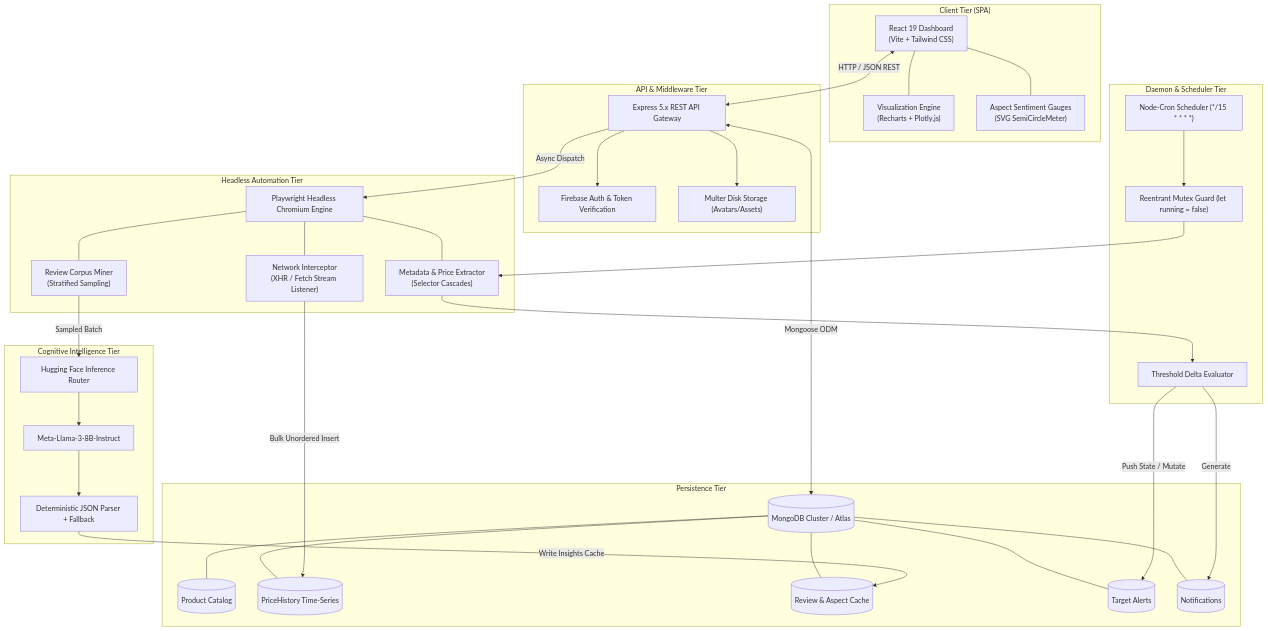
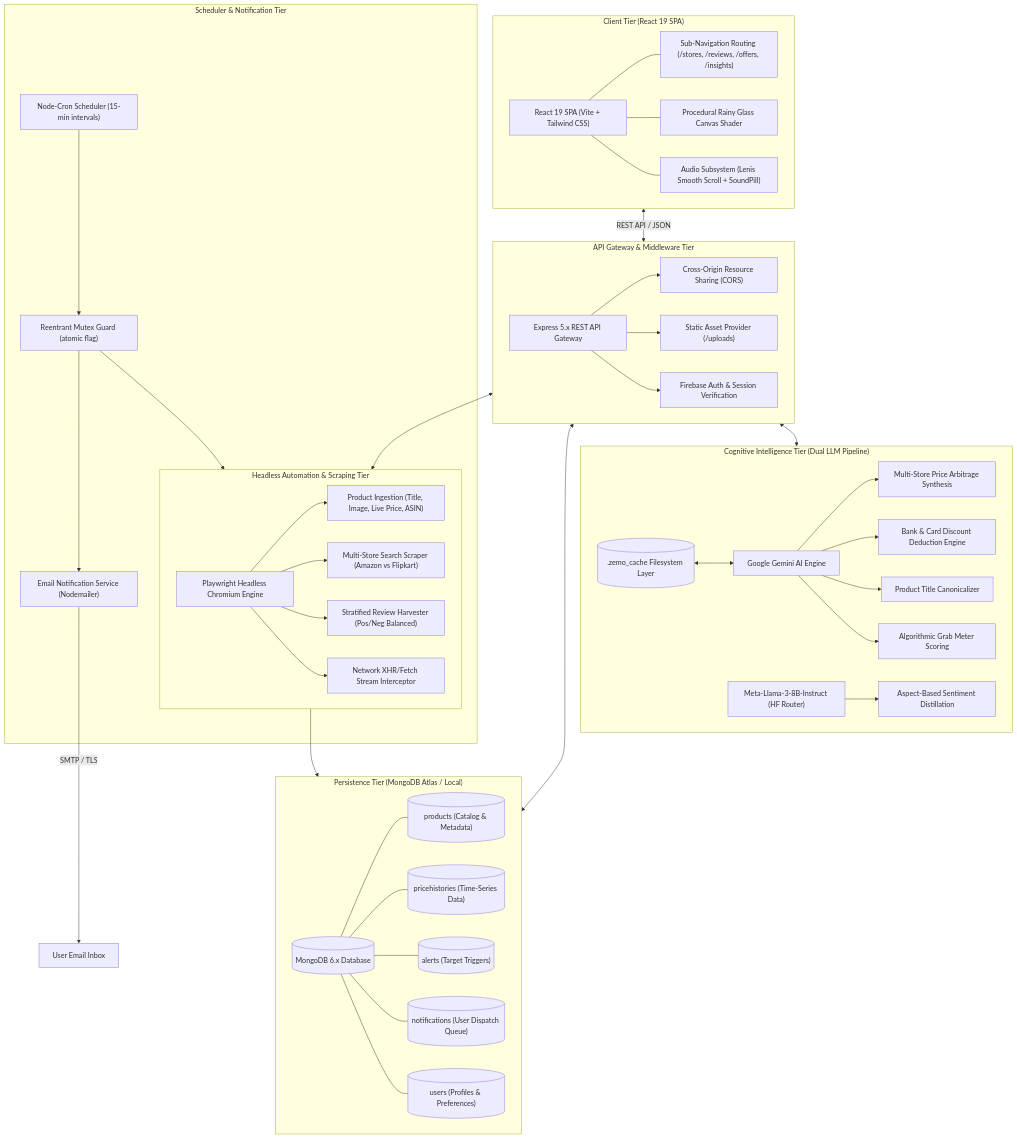
The first of 5 diagrams in README.md (imMohammedSahil/Zemo), drawn with Mermaid before and after one commit. The commit also changed other lines of this file and 72 other files, not shown here.

````diff
--- a/README.md
+++ b/README.md
@@ -43,68 +29,77 @@
 ```mermaid
 flowchart TD
-    subgraph Client["Client Tier (SPA)"]
-        UI["React 19 Dashboard<br/>(Vite + Tailwind CSS)"]
-        Viz["Visualization Engine<br/>(Recharts + Plotly.js)"]
-        Meters["Aspect Sentiment Gauges<br/>(SVG SemiCircleMeter)"]
-        UI --- Viz
-        UI --- Meters
+    subgraph ClientTier["Client Tier (React 19 SPA)"]
+        UI["React 19 SPA (Vite + Tailwind CSS)"]
+        SubRoutes["Sub-Navigation Routing (/stores, /reviews, /offers, /insights)"]
+        CanvasFX["Procedural Rainy Glass Canvas Shader"]
+        AudioEng["Audio Subsystem (Lenis Smooth Scroll + SoundPill)"]
+        UI --- SubRoutes
+        UI --- CanvasFX
+        UI --- AudioEng
     end
 
-    subgraph Gateway["API & Middleware Tier"]
+    subgraph GatewayTier["API Gateway & Middleware Tier"]
         Express["Express 5.x REST API Gateway"]
-        AuthMid["Firebase Auth & Token Verification"]
-        MulterMid["Multer Disk Storage (Avatars/Assets)"]
-        Express --> AuthMid
-        Express --> MulterMid
+        CORS["Cross-Origin Resource Sharing (CORS)"]
+        StaticSvc["Static Asset Provider (/uploads)"]
+        AuthMiddleware["Firebase Auth & Session Verification"]
+        Express --> CORS
+        Express --> StaticSvc
+        Express --> AuthMiddleware
     end
 
-    subgraph DataStore["Persistence Tier"]
-        DB[(MongoDB Cluster / Atlas)]
-        ColProd[("Product Catalog")]
-        ColPrice[("PriceHistory Time-Series")]
-        ColRev[("Review & Aspect Cache")]
-        ColAlert[("Target Alerts")]
-        ColNotif[("Notifications")]
-        DB --- ColProd
-        DB --- ColPrice
-        DB --- ColRev
-        DB --- ColAlert
-        DB --- ColNotif
+    subgraph IngestionTier["Headless Automation & Scraping Tier"]
+        PlaywrightEngine["Playwright Headless Chromium Engine"]
+        MetadataScraper["Product Ingestion (Title, Image, Live Price, ASIN)"]
+        MultiStoreEngine["Multi-Store Search Scraper (Amazon vs Flipkart)"]
+        ReviewMiner["Stratified Review Harvester (Pos/Neg Balanced)"]
+        BackfillStream["Network XHR/Fetch Stream Interceptor"]
+        PlaywrightEngine --> MetadataScraper
+        PlaywrightEngine --> MultiStoreEngine
+        PlaywrightEngine --> ReviewMiner
+        PlaywrightEngine --> BackfillStream
     end
 
-    subgraph Automation["Headless Automation Tier"]
-        PW["Playwright Headless Chromium Engine"]
-        MetaScraper["Metadata & Price Extractor<br/>(Selector Cascades)"]
-        RevScraper["Review Corpus Miner<br/>(Stratified Sampling)"]
-        Backfill["Network Interceptor<br/>(XHR / Fetch Stream Listener)"]
-        PW --- MetaScraper
-        PW --- RevScraper
-        PW --- Backfill
+    subgraph CognitiveTier["Cognitive Intelligence Tier (Dual LLM Pipeline)"]
+        GeminiEngine["Google Gemini AI Engine"]
+        LlamaEngine["Meta-Llama-3-8B-Instruct (HF Router)"]
+        LocalCache[(".zemo_cache Filesystem Layer")]
+
+        GeminiEngine --> CompareStoresAI["Multi-Store Price Arbitrage Synthesis"]
+        GeminiEngine --> BankOffersAI["Bank & Card Discount Deduction Engine"]
+        GeminiEngine --> ShortNameAI["Product Title Canonicalizer"]
+        GeminiEngine --> DealMeterAI["Algorithmic Grab Meter Scoring"]
+        LlamaEngine --> AspectSentimentAI["Aspect-Based Sentiment Distillation"]
+        LocalCache <--> GeminiEngine
     end
 
-    subgraph Background["Daemon & Scheduler Tier"]
-        Cron["Node-Cron Scheduler (*/15 * * * *)"]
-        Mutex["Reentrant Mutex Guard (let running = false)"]
-        AlertEng["Threshold Delta Evaluator"]
-        Cron --> Mutex
-        Mutex --> MetaScraper
-        MetaScraper --> AlertEng
+    subgraph PersistenceTier["Persistence Tier (MongoDB Atlas / Local)"]
+        DB[(MongoDB 6.x Database)]
+        ColProducts[("products (Catalog & Metadata)")]
+        ColPriceHistory[("pricehistories (Time-Series Data)")]
+        ColAlerts[("alerts (Target Triggers)")]
+        ColNotifications[("notifications (User Dispatch Queue)")]
+        ColUsers[("users (Profiles & Preferences)")]
+        DB --- ColProducts
+        DB --- ColPriceHistory
+        DB --- ColAlerts
+        DB --- ColNotifications
+        DB --- ColUsers
     end
 
-    subgraph AI["Cognitive Intelligence Tier"]
-        HF["Hugging Face Inference Router"]
-        Llama["Meta-Llama-3-8B-Instruct"]
-        Parser["Deterministic JSON Parser + Fallback"]
-        HF --> Llama
-        Llama --> Parser
+    subgraph SchedulerTier["Scheduler & Notification Tier"]
+        CronDaemon["Node-Cron Scheduler (15-min intervals)"]
+        ReentrantLock["Reentrant Mutex Guard (atomic flag)"]
+        NotificationDispatch["Email Notification Service (Nodemailer)"]
+        CronDaemon --> ReentrantLock
+        ReentrantLock --> IngestionTier
+        ReentrantLock --> NotificationDispatch
     end
 
-    UI <-->|HTTP / JSON REST| Express
-    Express <-->|Mongoose ODM| DB
-    Express -->|Async Dispatch| PW
-    AlertEng -->|Push State / Mutate| ColAlert
-    AlertEng -->|Generate| ColNotif
-    RevScraper -->|Sampled Batch| HF
-    Parser -->|Write Insights Cache| ColRev
-    Backfill -->|Bulk Unordered Insert| ColPrice
+    ClientTier <-->|REST API / JSON| GatewayTier
+    GatewayTier <--> PersistenceTier
+    GatewayTier <--> IngestionTier
+    GatewayTier <--> CognitiveTier
+    IngestionTier --> PersistenceTier
+    NotificationDispatch -->|SMTP / TLS| UserInbox["User Email Inbox"]
 ```
````
